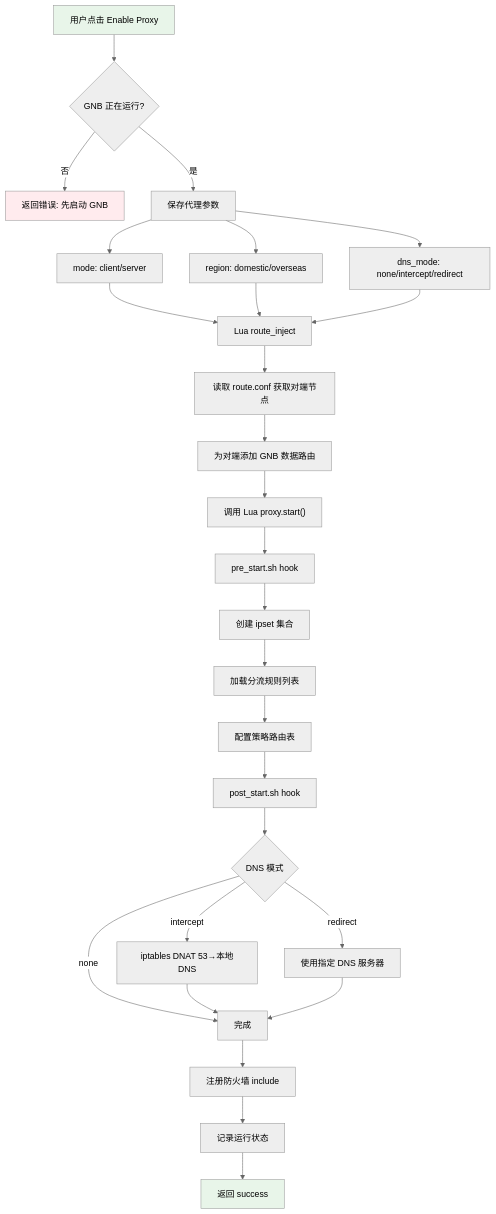
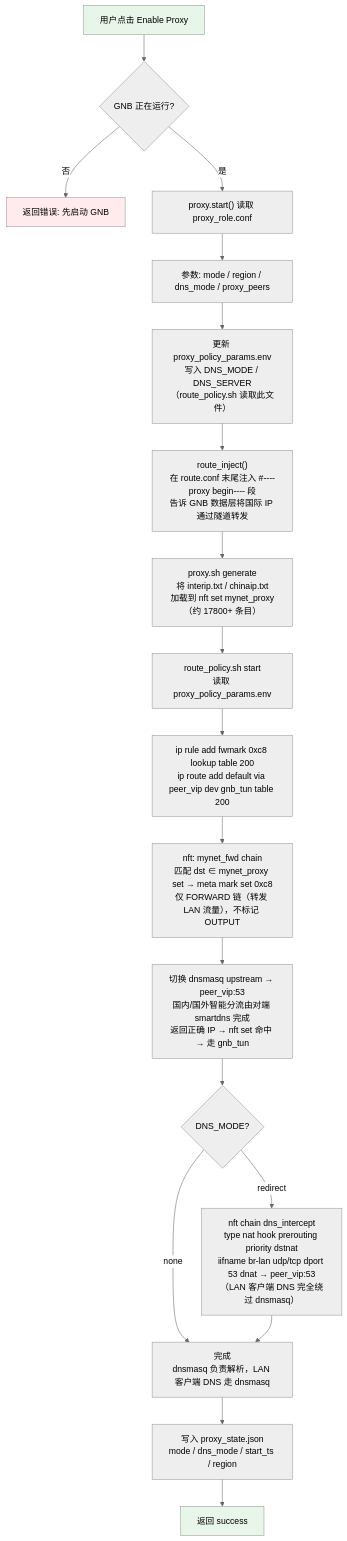
The fifth of 9 diagrams in docs/FLOWS.md (luoyueliang/mynet_lua), drawn with Mermaid (neutral theme) before and after one commit. The commit also changed other lines of this file and 28 other files, not shown here.

````diff
--- a/docs/FLOWS.md
+++ b/docs/FLOWS.md
@@ -160,38 +160,32 @@
 ```mermaid
 flowchart TD
     A[用户点击 Enable Proxy] --> B{GNB 正在运行?}
     B -- 否 --> C[返回错误: 先启动 GNB]
-    B -- 是 --> D[保存代理参数]
+    B -- 是 --> D["proxy.start() 读取 proxy_role.conf"]
 
-    D --> D1[mode: client/server]
-    D --> D2[region: domestic/overseas]
-    D --> D3[dns_mode: none/intercept/redirect]
+    D --> D1["参数: mode / region / dns_mode / proxy_peers"]
+    D1 --> D2["更新 proxy_policy_params.env\n写入 DNS_MODE / DNS_SERVER\n（route_policy.sh 读取此文件）"]
 
-    D1 --> E[Lua route_inject]
-    D2 --> E
-    D3 --> E
-    E --> E1[读取 route.conf 获取对端节点]
-    E1 --> E2[为对端添加 GNB 数据路由]
+    D2 --> E["route_inject()\n在 route.conf 末尾注入 #----proxy begin---- 段\n告诉 GNB 数据层将国际 IP 通过隧道转发"]
 
-    E2 --> F["调用 Lua proxy.start()"]
-    F --> G[pre_start.sh hook]
-    G --> H[创建 ipset 集合]
-    H --> I[加载分流规则列表]
-    I --> J[配置策略路由表]
-    J --> K[post_start.sh hook]
-    K --> L{DNS 模式}
+    E --> F["proxy.sh generate\n将 interip.txt / chinaip.txt\n加载到 nft set mynet_proxy（约 17800+ 条目）"]
 
-    L -- none --> M[完成]
-    L -- intercept --> N[iptables DNAT 53→本地DNS]
-    L -- redirect --> O[使用指定 DNS 服务器]
-    N --> M
-    O --> M
+    F --> G["route_policy.sh start\n读取 proxy_policy_params.env"]
 
-    M --> P[注册防火墙 include]
-    P --> Q[记录运行状态]
-    Q --> R[返回 success]
+    G --> G1["ip rule add fwmark 0xc8 lookup table 200\nip route add default via peer_vip dev gnb_tun table 200"]
+    G1 --> G2["nft: mynet_fwd chain\n匹配 dst ∈ mynet_proxy set → meta mark set 0xc8\n仅 FORWARD 链（转发 LAN 流量），不标记 OUTPUT"]
+
+    G2 --> G3["切换 dnsmasq upstream → peer_vip:53\n国内/国外智能分流由对端 smartdns 完成\n返回正确 IP → nft set 命中 → 走 gnb_tun"]
+
+    G3 --> H{DNS_MODE?}
+    H -- none --> I[完成\ndnsmasq 负责解析，LAN 客户端 DNS 走 dnsmasq]
+    H -- redirect --> J["nft chain dns_intercept\ntype nat hook prerouting priority dstnat\niifname br-lan udp/tcp dport 53 dnat → peer_vip:53\n（LAN 客户端 DNS 完全绕过 dnsmasq）"]
+    J --> I
+
+    I --> K[写入 proxy_state.json\nmode / dns_mode / start_ts / region]
+    K --> L[返回 success]
 
     style A fill:#e8f5e9
     style C fill:#ffebee
-    style R fill:#e8f5e9
+    style L fill:#e8f5e9
 ```
````
